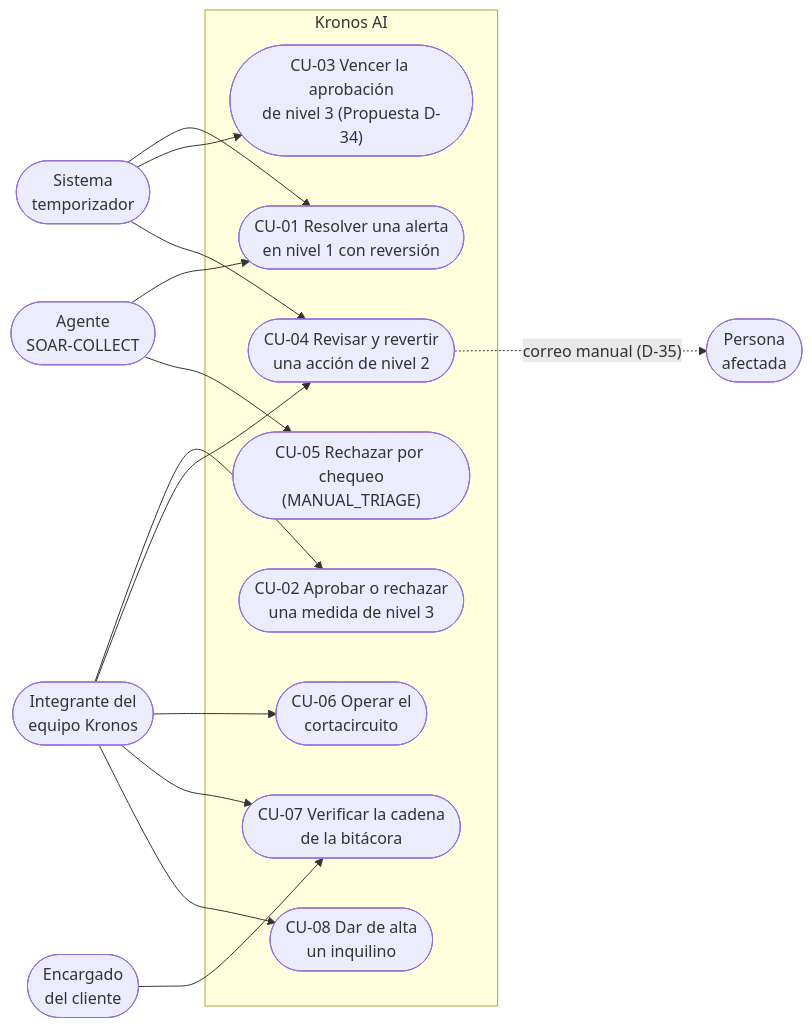
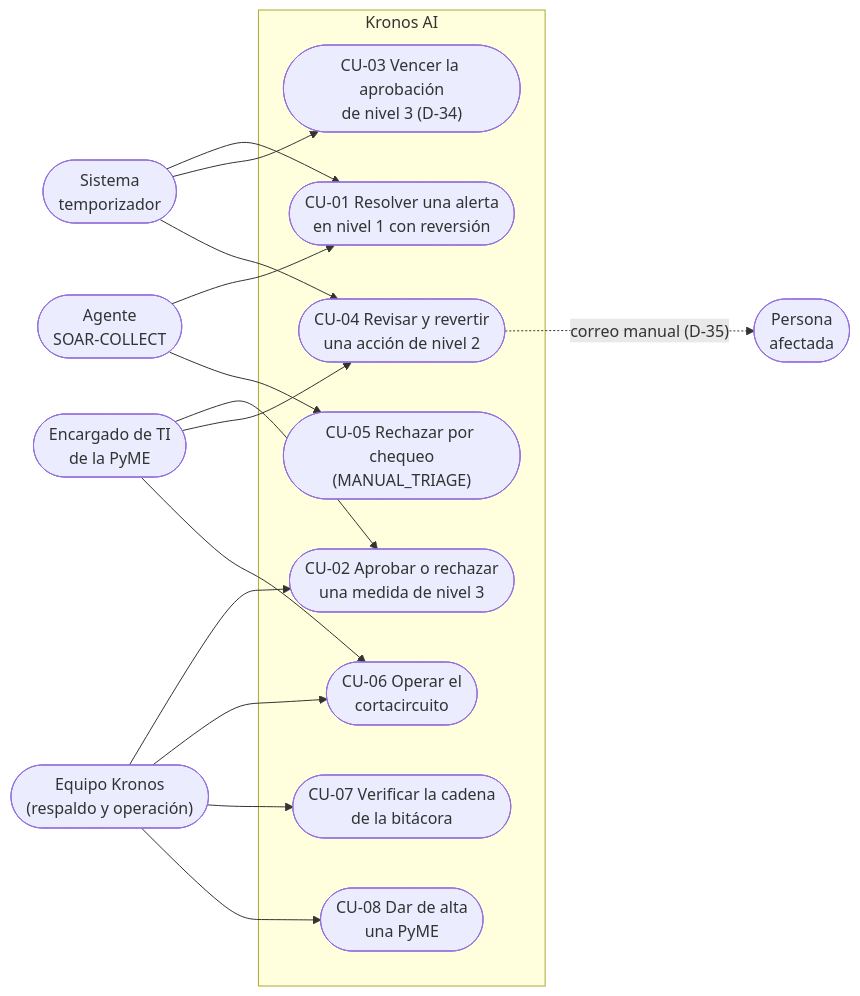
Before and after one commit to soaria186/kronos-ai: the diagram in docs/diagramas/02_casos_uso.mmd, drawn with Mermaid. The commit also changed 28 other files, not shown here.

First line of the commit message:
docs(diagramas): al día con la v1.0 y el replanteamiento PyME

```diff
--- a/docs/diagramas/02_casos_uso.mmd
+++ b/docs/diagramas/02_casos_uso.mmd
@@ -1,28 +1,29 @@
 flowchart LR
-    OP(["Integrante del<br/>equipo Kronos"])
-    ENC(["Encargado<br/>del cliente"])
+    ENC(["Encargado de TI<br/>de la PyME"])
+    OP(["Equipo Kronos<br/>(respaldo y operación)"])
     AG(["Agente<br/>SOAR-COLLECT"])
     SIS(["Sistema<br/>temporizador"])
     PA(["Persona<br/>afectada"])
     subgraph K["Kronos AI"]
         CU1(["CU-01 Resolver una alerta<br/>en nivel 1 con reversión"])
         CU2(["CU-02 Aprobar o rechazar<br/>una medida de nivel 3"])
-        CU3(["CU-03 Vencer la aprobación<br/>de nivel 3 (Propuesta D-34)"])
+        CU3(["CU-03 Vencer la aprobación<br/>de nivel 3 (D-34)"])
         CU4(["CU-04 Revisar y revertir<br/>una acción de nivel 2"])
         CU5(["CU-05 Rechazar por chequeo<br/>(MANUAL_TRIAGE)"])
         CU6(["CU-06 Operar el<br/>cortacircuito"])
         CU7(["CU-07 Verificar la cadena<br/>de la bitácora"])
-        CU8(["CU-08 Dar de alta<br/>un inquilino"])
+        CU8(["CU-08 Dar de alta<br/>una PyME"])
     end
     AG --> CU1
     AG --> CU5
     SIS --> CU1
     SIS --> CU3
     SIS --> CU4
+    ENC --> CU2
+    ENC --> CU4
+    ENC --> CU6
     OP --> CU2
-    OP --> CU4
     OP --> CU6
     OP --> CU7
     OP --> CU8
-    ENC --> CU7
     CU4 -. "correo manual (D-35)" .-> PA
```
